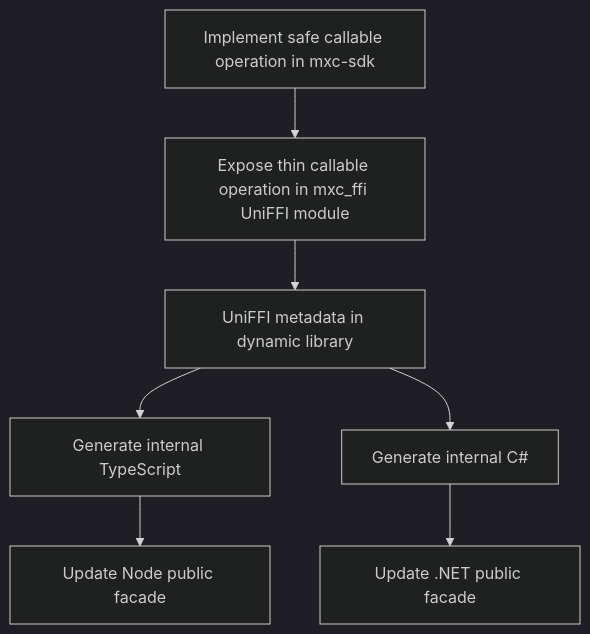
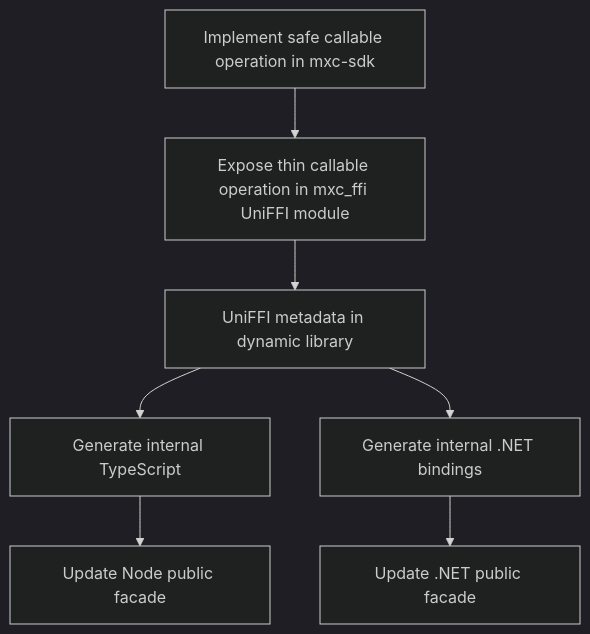
One commit to microsoft/mxc changed the second of 2 diagrams in docs/designs/SDK/README.md. Above: the diagram before and after it, drawn with Mermaid (dark theme). The commit also changed other lines of this file and 2 other files, not shown here.

Commit message:
Clarify generated .NET diagram labels

Copilot-Session: d85d5c98-b282-40c2-9037-8df016a4919c

````diff
--- a/docs/designs/SDK/README.md
+++ b/docs/designs/SDK/README.md
@@ -68,10 +68,10 @@
 ```mermaid
 flowchart TD
     A[Implement safe callable operation in mxc-sdk]
     A --> B[Expose thin callable operation in mxc_ffi UniFFI module]
     B --> M[UniFFI metadata in dynamic library]
     M --> N[Generate internal TypeScript]
-    M --> D[Generate internal C#]
+    M --> D[Generate internal .NET bindings]
     N --> NF[Update Node public facade]
     D --> DF[Update .NET public facade]
 ```
````
